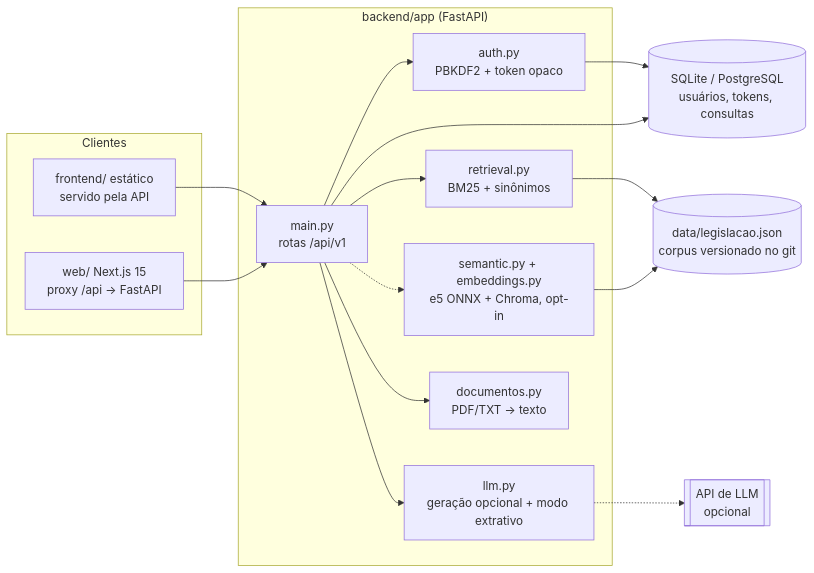
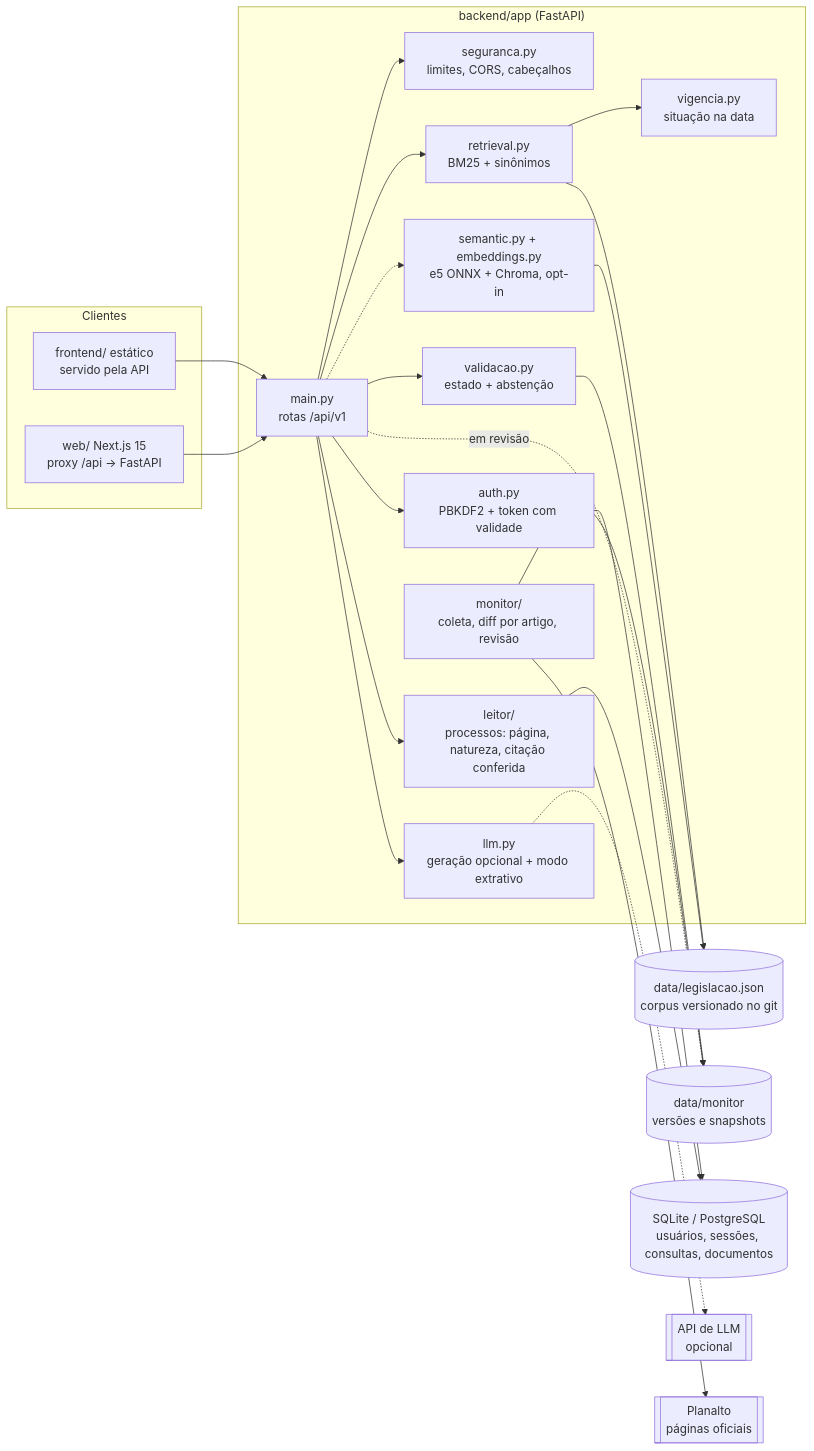
Before and after one commit to robertochiocca/DireitoAberto: the diagram in docs/architecture.md, drawn with Mermaid. The commit also changed other lines of this file and 7 other files, not shown here.

````diff
--- a/docs/architecture.md
+++ b/docs/architecture.md
@@ -7,26 +7,37 @@
 ```mermaid
 flowchart LR
   subgraph Clientes
     E[frontend/ estático<br>servido pela API]
     N[web/ Next.js 15<br>proxy /api → FastAPI]
   end
   subgraph API["backend/app (FastAPI)"]
     M[main.py<br>rotas /api/v1]
-    A[auth.py<br>PBKDF2 + token opaco]
+    SEG[seguranca.py<br>limites, CORS, cabeçalhos]
+    A[auth.py<br>PBKDF2 + token com validade]
     R[retrieval.py<br>BM25 + sinônimos]
     S[semantic.py + embeddings.py<br>e5 ONNX + Chroma, opt-in]
+    V[vigencia.py<br>situação na data]
+    VAL[validacao.py<br>estado + abstenção]
     L[llm.py<br>geração opcional + modo extrativo]
-    D[documentos.py<br>PDF/TXT → texto]
+    LE[leitor/<br>processos: página, natureza, citação conferida]
+    MO[monitor/<br>coleta, diff por artigo, revisão]
   end
   C[(data/legislacao.json<br>corpus versionado no git)]
-  B[(SQLite / PostgreSQL<br>usuários, tokens, consultas)]
+  MD[(data/monitor<br>versões e snapshots)]
+  B[(SQLite / PostgreSQL<br>usuários, sessões, consultas, documentos)]
   X[[API de LLM<br>opcional]]
+  P[[Planalto<br>páginas oficiais]]
   E --> M
   N --> M
+  M --> SEG
   M --> A --> B
   M --> R --> C
   M -.-> S --> C
+  R --> V
+  M --> VAL --> MD
   M --> L -.-> X
-  M --> D
-  M --> B
+  M --> LE --> B
+  MO --> P
+  MO --> MD
+  M -. "em revisão" .-> MD
 ```
````
